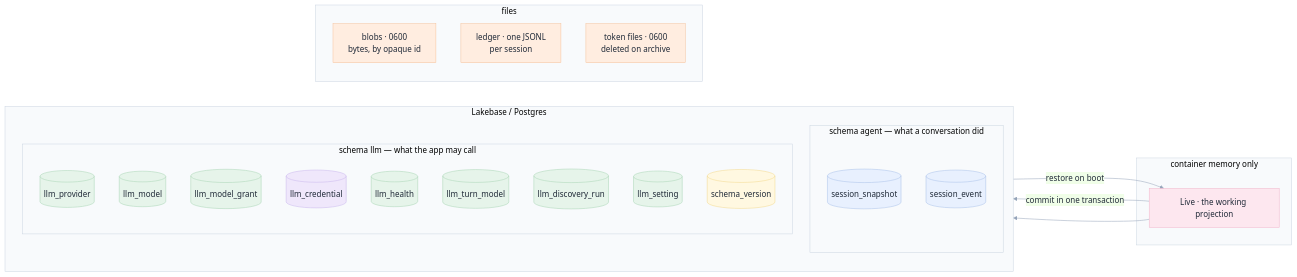
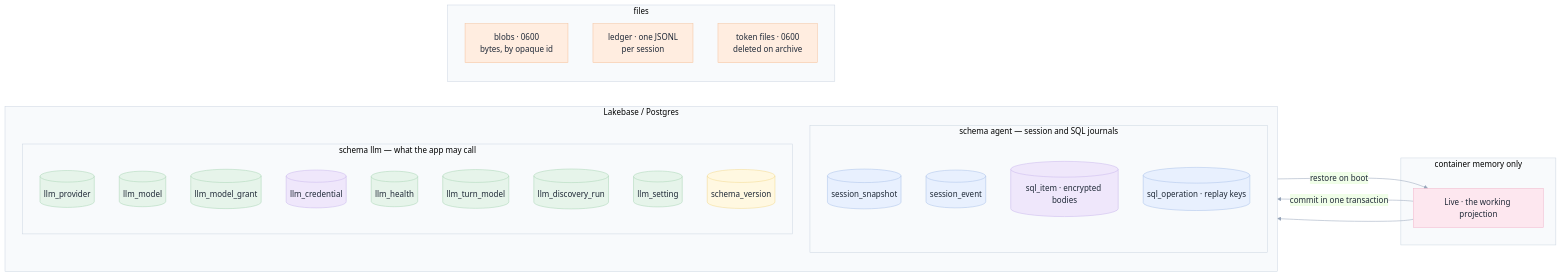
The first of 6 diagrams in docs/10-data-model.md (raphaelmansuy/edgegenie), drawn with Mermaid before and after one commit. The commit also changed other lines of this file and 3 other files, not shown here.

Commit message:
Align published architecture checks with SQL query support

````diff
--- a/docs/10-data-model.md
+++ b/docs/10-data-model.md
@@ -16,41 +16,43 @@
 ```mermaid
 %%{init: {'theme':'base','themeVariables':{'primaryColor':'#E8F0FE','primaryTextColor':'#1F2937','primaryBorderColor':'#A8C0E8','lineColor':'#94A3B8','clusterBkg':'#F8FAFC','clusterBorder':'#CBD5E1'}}}%%
 flowchart LR
     subgraph PG["Lakebase / Postgres"]
         direction TB
-        subgraph AG["schema agent — what a conversation did"]
+        subgraph AG["schema agent — session and SQL journals"]
             S1[("session_snapshot")]:::blue
             S2[("session_event")]:::blue
+            Q1[("sql_item · encrypted bodies")]:::purple
+            Q2[("sql_operation · replay keys")]:::blue
         end
         subgraph LL["schema llm — what the app may call"]
             direction TB
             L1[("llm_provider")]:::green
             L2[("llm_model")]:::green
             L3[("llm_model_grant")]:::green
             L4[("llm_credential")]:::purple
             L5[("llm_health")]:::green
             L6[("llm_turn_model")]:::green
             L7[("llm_discovery_run")]:::green
             L8[("llm_setting")]:::green
             L9[("schema_version")]:::yellow
         end
     end
     subgraph FS["files"]
         F1["blobs · 0600<br/>bytes, by opaque id"]:::orange
         F2["ledger · one JSONL<br/>per session"]:::orange
         F3["token files · 0600<br/>deleted on archive"]:::orange
     end
     subgraph MEM["container memory only"]
         M1["Live · the working projection"]:::pink
     end
     M1 -->|"commit in one transaction"| S1
     M1 --> S2
     S1 -->|"restore on boot"| M1
 
     classDef blue fill:#E8F0FE,stroke:#A8C0E8,color:#1F2937
     classDef green fill:#E6F4EA,stroke:#A8D5B5,color:#1F2937
     classDef purple fill:#EFE7FB,stroke:#C9B6EC,color:#1F2937
     classDef yellow fill:#FFF8E1,stroke:#F2D98D,color:#1F2937
     classDef orange fill:#FFEDE0,stroke:#F5C29C,color:#1F2937
     classDef pink fill:#FDE7EF,stroke:#F2B5CB,color:#1F2937
 ```
````
